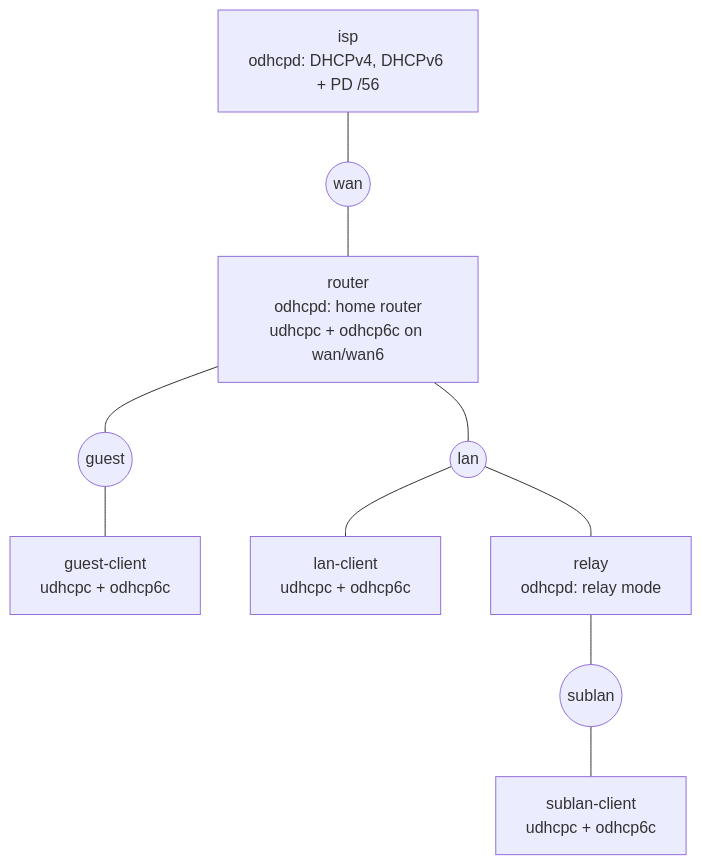
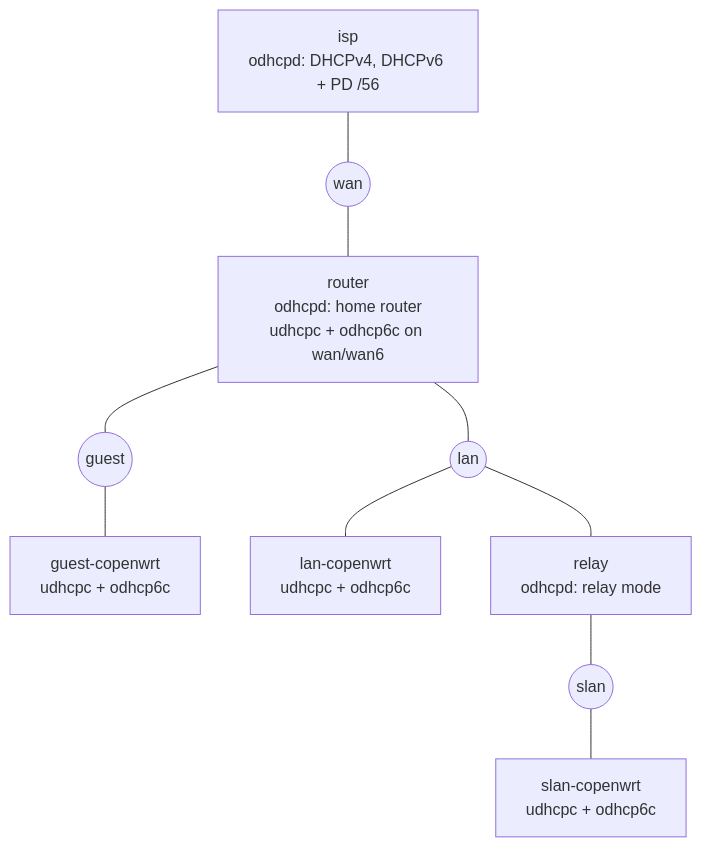
The diagram in LAB.md (Alphix/odhcpd), drawn with Mermaid before and after one commit. The commit also changed other lines of this file and 9 other files, not shown here.

First line of the commit message:
tests: lab: rename the client nodes and sublan

````diff
--- a/LAB.md
+++ b/LAB.md
@@ -10,20 +10,20 @@
 ```mermaid
 flowchart TB
     isp["isp<br/>odhcpd: DHCPv4, DHCPv6 + PD /56"]
     wan(("wan"))
     router["router<br/>odhcpd: home router<br/>udhcpc + odhcp6c on wan/wan6"]
     guest(("guest"))
     lan(("lan"))
     relay["relay<br/>odhcpd: relay mode"]
-    sublan(("sublan"))
-    gc["guest-client<br/>udhcpc + odhcp6c"]
-    lc["lan-client<br/>udhcpc + odhcp6c"]
-    sc["sublan-client<br/>udhcpc + odhcp6c"]
+    slan(("slan"))
+    gc["guest-copenwrt<br/>udhcpc + odhcp6c"]
+    lc["lan-copenwrt<br/>udhcpc + odhcp6c"]
+    sc["slan-copenwrt<br/>udhcpc + odhcp6c"]
 
     isp --- wan --- router
     router --- guest --- gc
     router --- lan
     lan --- lc
     lan --- relay
-    relay --- sublan --- sc
+    relay --- slan --- sc
 ```
````
